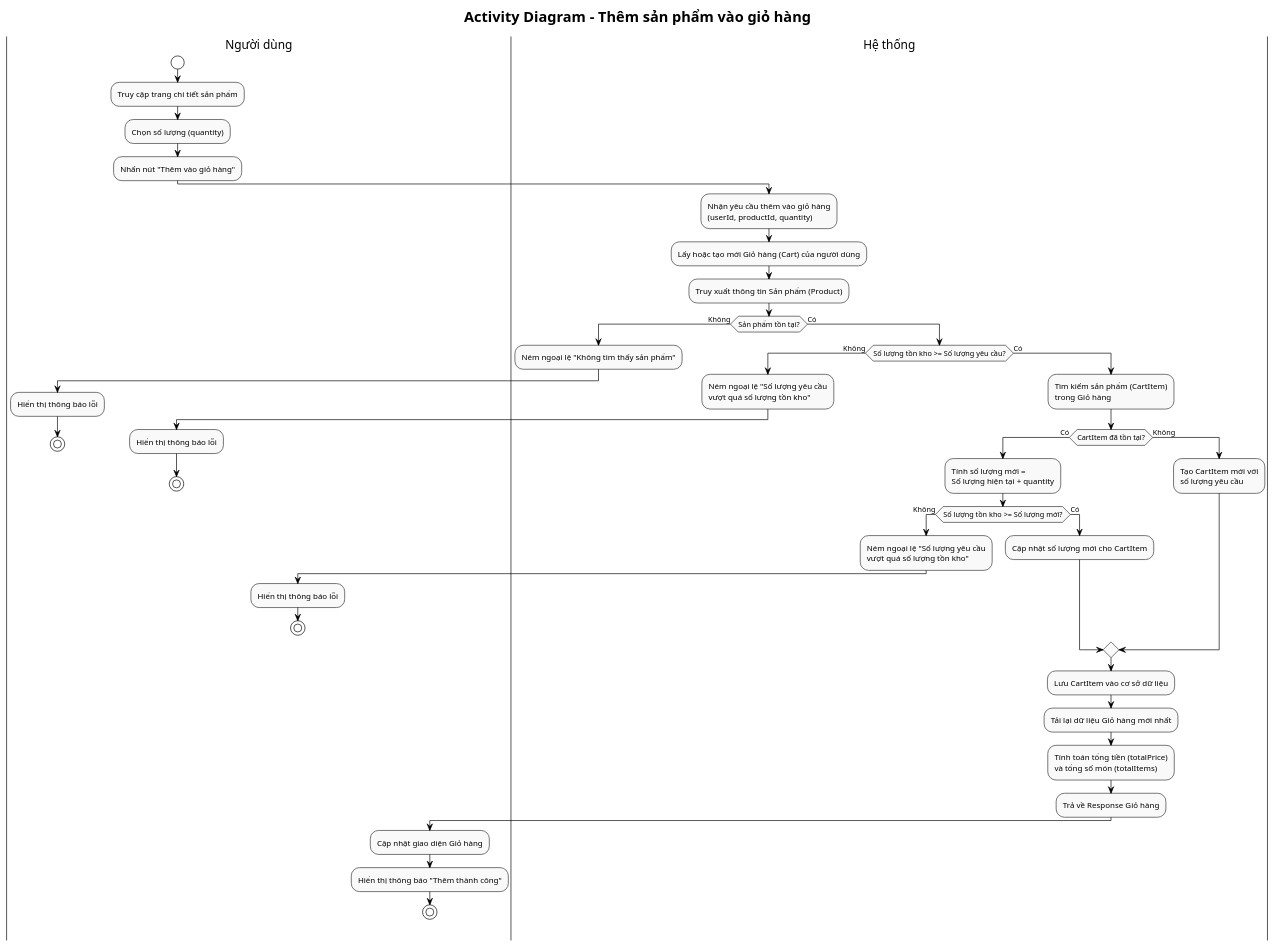
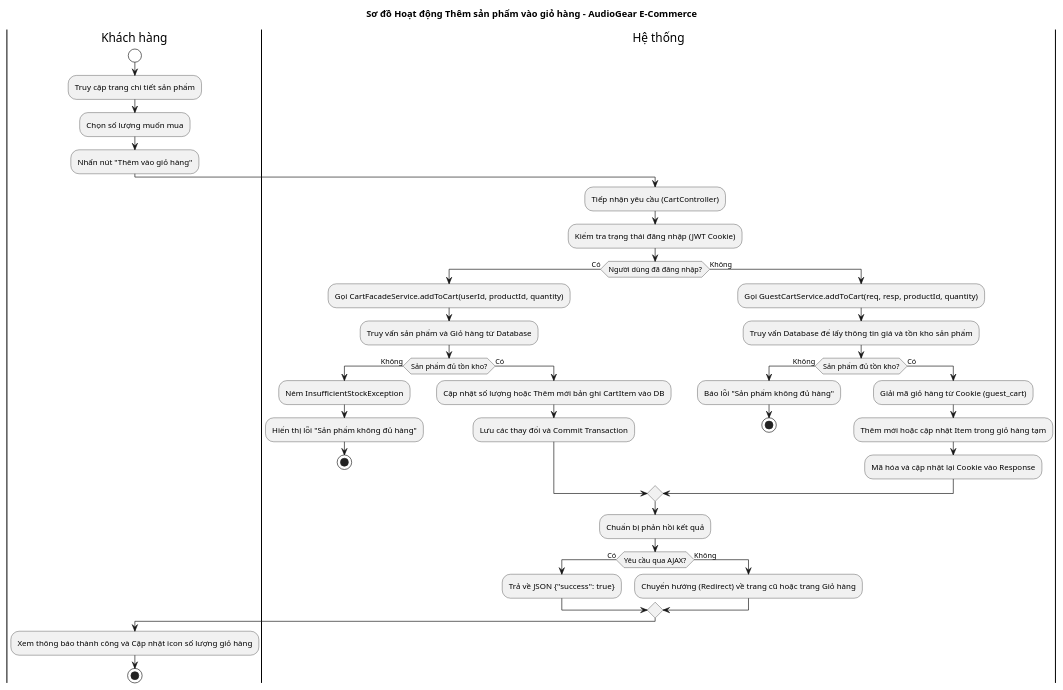
The diagram in src/Cart_Ordering/activity/activity_add_to_cart.puml (trihieuvo/justFUML), drawn with PlantUML before and after one commit. The commit also changed 7 other files, not shown here.

First line of the commit message:
Refactor and standardize activity UML diagrams

```diff
--- a/src/Cart_Ordering/activity/activity_add_to_cart.puml
+++ b/src/Cart_Ordering/activity/activity_add_to_cart.puml
@@ -1,73 +1,53 @@
 @startuml
-!theme plain
-skinparam linetype ortho
-skinparam ActivityBackgroundColor #f9f9f9
-skinparam ActivityBorderColor #333333
+title Sơ đồ Hoạt động Thêm sản phẩm vào giỏ hàng - AudioGear E-Commerce
 
-title Activity Diagram - Thêm sản phẩm vào giỏ hàng
+skinparam ActivityStartColor white
+skinparam ActivityEndColor white
 
-|Người dùng|
+|Khách hàng|
 start
 :Truy cập trang chi tiết sản phẩm;
-:Chọn số lượng (quantity);
+:Chọn số lượng muốn mua;
 :Nhấn nút "Thêm vào giỏ hàng";
 
 |Hệ thống|
-:Nhận yêu cầu thêm vào giỏ hàng
-(userId, productId, quantity);
-:Lấy hoặc tạo mới Giỏ hàng (Cart) của người dùng;
-:Truy xuất thông tin Sản phẩm (Product);
+:Tiếp nhận yêu cầu (CartController);
+:Kiểm tra trạng thái đăng nhập (JWT Cookie);
 
-if (Sản phẩm tồn tại?) then (Không)
-  :Ném ngoại lệ "Không tìm thấy sản phẩm";
-  |Người dùng|
-  :Hiển thị thông báo lỗi;
-  stop
-else (Có)
-  |Hệ thống|
-  if (Số lượng tồn kho >= Số lượng yêu cầu?) then (Không)
-    :Ném ngoại lệ "Số lượng yêu cầu
-    vượt quá số lượng tồn kho";
-    |Người dùng|
-    :Hiển thị thông báo lỗi;
-    stop
-  else (Có)
-    |Hệ thống|
-    :Tìm kiếm sản phẩm (CartItem)
-    trong Giỏ hàng;
-
-    if (CartItem đã tồn tại?) then (Có)
-      :Tính số lượng mới =
-      Số lượng hiện tại + quantity;
-
-      if (Số lượng tồn kho >= Số lượng mới?) then (Không)
-        :Ném ngoại lệ "Số lượng yêu cầu
-        vượt quá số lượng tồn kho";
-        |Người dùng|
-        :Hiển thị thông báo lỗi;
+if (Người dùng đã đăng nhập?) then (Có)
+    :Gọi CartFacadeService.addToCart(userId, productId, quantity);
+    :Truy vấn sản phẩm và Giỏ hàng từ Database;
+    if (Sản phẩm đủ tồn kho?) then (Không)
+        :Ném InsufficientStockException;
+        :Hiển thị lỗi "Sản phẩm không đủ hàng";
         stop
-      else (Có)
-        |Hệ thống|
-        :Cập nhật số lượng mới cho CartItem;
-      endif
-
-    else (Không)
-      |Hệ thống|
-      :Tạo CartItem mới với
-      số lượng yêu cầu;
+    else (Có)
+        :Cập nhật số lượng hoặc Thêm mới bản ghi CartItem vào DB;
+        :Lưu các thay đổi và Commit Transaction;
     endif
-
-    :Lưu CartItem vào cơ sở dữ liệu;
-    :Tải lại dữ liệu Giỏ hàng mới nhất;
-    :Tính toán tổng tiền (totalPrice)
-    và tổng số món (totalItems);
-    :Trả về Response Giỏ hàng;
-
-    |Người dùng|
-    :Cập nhật giao diện Giỏ hàng;
-    :Hiển thị thông báo "Thêm thành công";
-    stop
-  endif
+else (Không)
+    :Gọi GuestCartService.addToCart(req, resp, productId, quantity);
+    :Truy vấn Database để lấy thông tin giá và tồn kho sản phẩm;
+    if (Sản phẩm đủ tồn kho?) then (Không)
+        :Báo lỗi "Sản phẩm không đủ hàng";
+        stop
+    else (Có)
+        :Giải mã giỏ hàng từ Cookie (guest_cart);
+        :Thêm mới hoặc cập nhật Item trong giỏ hàng tạm;
+        :Mã hóa và cập nhật lại Cookie vào Response;
+    endif
 endif
 
+|Hệ thống|
+:Chuẩn bị phản hồi kết quả;
+if (Yêu cầu qua AJAX?) then (Có)
+    :Trả về JSON {"success": true};
+else (Không)
+    :Chuyển hướng (Redirect) về trang cũ hoặc trang Giỏ hàng;
+endif
+
+|Khách hàng|
+:Xem thông báo thành công và Cập nhật icon số lượng giỏ hàng;
+
+stop
 @enduml
```
